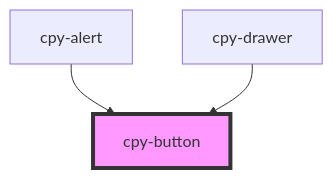
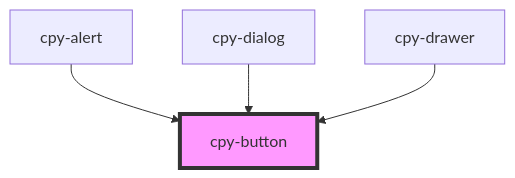
The diagram in stencil-lib/src/components/button/readme.md (Lith1um/Canopy-Stencil), drawn with Mermaid before and after one commit. The commit also changed other lines of this file and 14 other files, not shown here.

````diff
--- a/stencil-lib/src/components/button/readme.md
+++ b/stencil-lib/src/components/button/readme.md
@@ -27,6 +28,7 @@
 ```mermaid
 graph TD;
   cpy-alert --> cpy-button
+  cpy-dialog --> cpy-button
   cpy-drawer --> cpy-button
   style cpy-button fill:#f9f,stroke:#333,stroke-width:4px
 ```
````
